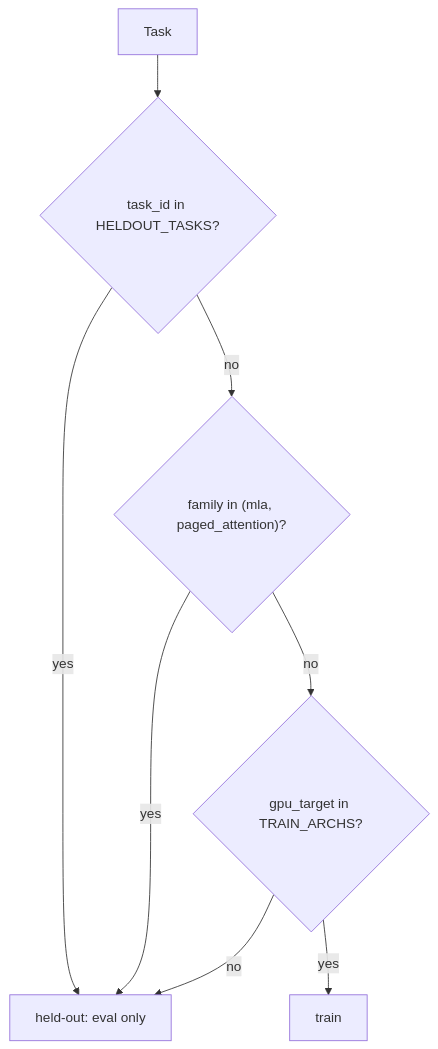
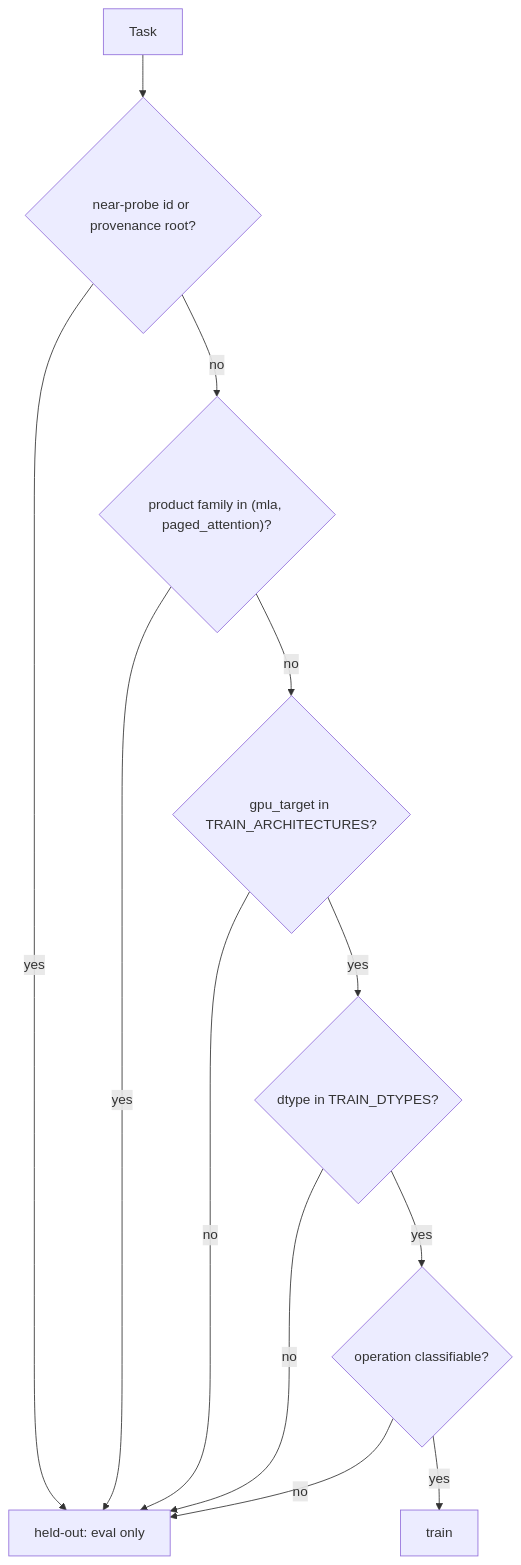
The first of 2 diagrams in kore/tasks/README.md (amd-shasriva/KORE), drawn with Mermaid before and after one commit. The commit also changed other lines of this file and 77 other files, not shown here.

````diff
--- a/kore/tasks/README.md
+++ b/kore/tasks/README.md
@@ -88,10 +98,14 @@
 ```mermaid
 flowchart TD
-  T[Task] --> ID{task_id in HELDOUT_TASKS?}
-  ID -->|yes| HO[held-out: eval only]
-  ID -->|no| F{"family in (mla, paged_attention)?"}
+  T[Task] --> P{near-probe id or provenance root?}
+  P -->|yes| HO[held-out: eval only]
+  P -->|no| F{"product family in (mla, paged_attention)?"}
   F -->|yes| HO
-  F -->|no| A{"gpu_target in TRAIN_ARCHS?"}
+  F -->|no| A{"gpu_target in TRAIN_ARCHITECTURES?"}
   A -->|no| HO
-  A -->|yes| TR[train]
+  A -->|yes| D{"dtype in TRAIN_DTYPES?"}
+  D -->|no| HO
+  D -->|yes| C{operation classifiable?}
+  C -->|no| HO
+  C -->|yes| TR[train]
 ```
````
